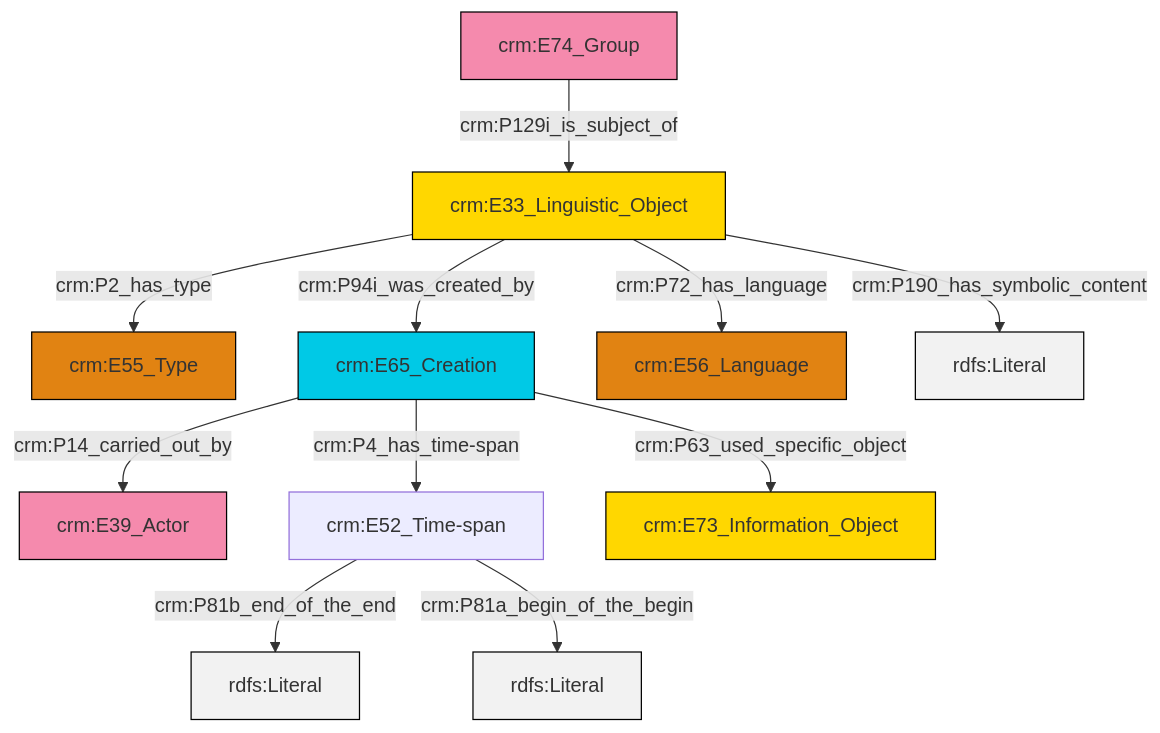
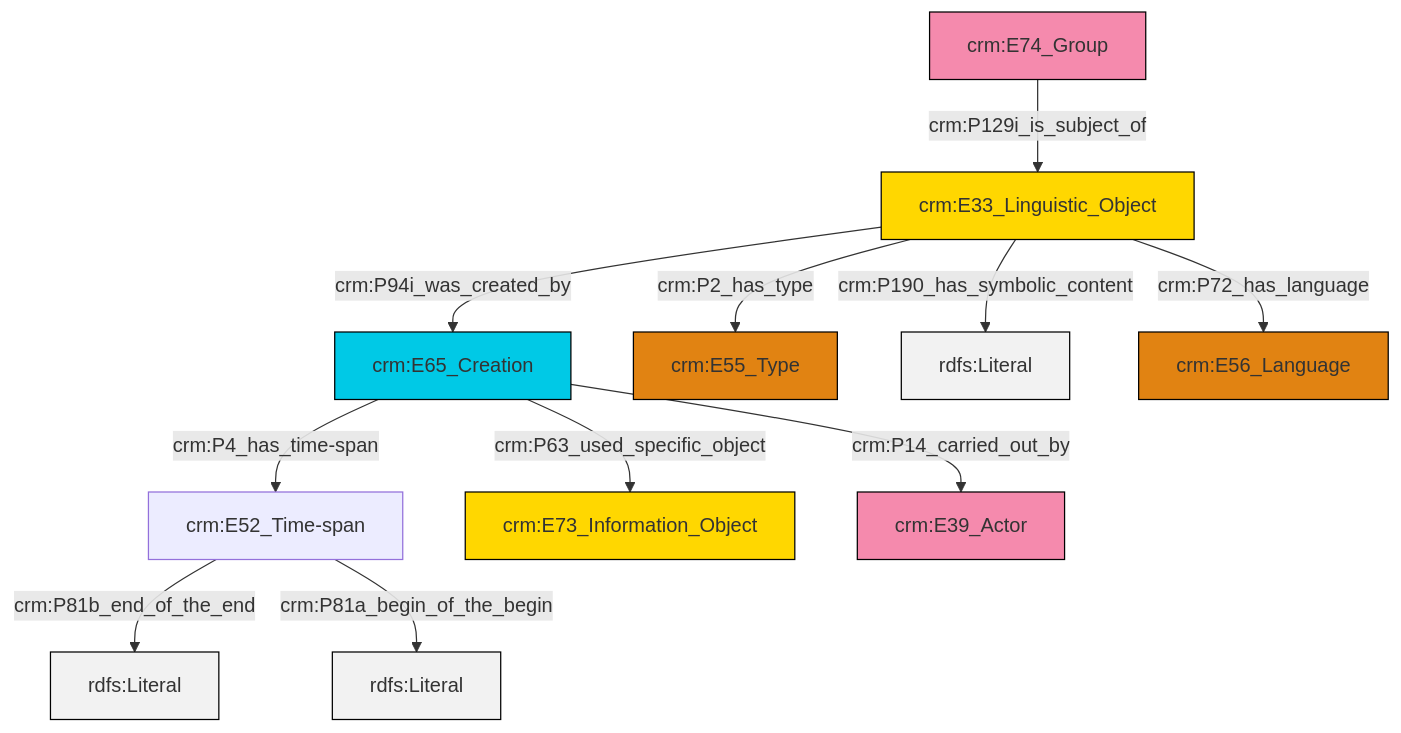
The diagram in et/groupCSV/ttl/mmd/group_description.ttl.mmd (swiss-art-research-net/reference-data-models), drawn with Mermaid before and after one commit. The commit also changed 125 other files, not shown here.

```diff
--- a/et/groupCSV/ttl/mmd/group_description.ttl.mmd
+++ b/et/groupCSV/ttl/mmd/group_description.ttl.mmd
@@ -1,25 +1,25 @@
 graph TD
 classDef Literal fill:#f2f2f2,stroke:#000000;
 classDef CRM_Entity fill:#FFFFFF,stroke:#000000;
 classDef Temporal_Entity fill:#00C9E6, stroke:#000000;
 classDef Type fill:#E18312, stroke:#000000;
 classDef Time-Span fill:#2C9C91, stroke:#000000;
 classDef Appellation fill:#FFEB7F, stroke:#000000;
 classDef Place fill:#008836, stroke:#000000;
 classDef Persistent_Item fill:#B266B2, stroke:#000000;
 classDef Conceptual_Object fill:#FFD700, stroke:#000000;
 classDef Physical_Thing fill:#D2B48C, stroke:#000000;
 classDef Actor fill:#f58aad, stroke:#000000;
 classDef PC_Classes fill:#4ce600, stroke:#000000;
 classDef Multi fill:#cccccc,stroke:#000000;
 
-2["crm:E52_Time-span"]:::Default -->|crm:P81b_end_of_the_end| 3[rdfs:Literal]:::Literal
-10["crm:E65_Creation"]:::Temporal_Entity -->|crm:P14_carried_out_by| 0["crm:E39_Actor"]:::Actor
-15["crm:E33_Linguistic_Object"]:::Conceptual_Object -->|crm:P2_has_type| 4["crm:E55_Type"]:::Type
-15["crm:E33_Linguistic_Object"]:::Conceptual_Object -->|crm:P94i_was_created_by| 10["crm:E65_Creation"]:::Temporal_Entity
-15["crm:E33_Linguistic_Object"]:::Conceptual_Object -->|crm:P190_has_symbolic_content| 17[rdfs:Literal]:::Literal
-10["crm:E65_Creation"]:::Temporal_Entity -->|crm:P4_has_time-span| 2["crm:E52_Time-span"]:::Default
-10["crm:E65_Creation"]:::Temporal_Entity -->|crm:P63_used_specific_object| 6["crm:E73_Information_Object"]:::Conceptual_Object
-2["crm:E52_Time-span"]:::Default -->|crm:P81a_begin_of_the_begin| 18[rdfs:Literal]:::Literal
-8["crm:E74_Group"]:::Actor -->|crm:P129i_is_subject_of| 15["crm:E33_Linguistic_Object"]:::Conceptual_Object
-15["crm:E33_Linguistic_Object"]:::Conceptual_Object -->|crm:P72_has_language| 13["crm:E56_Language"]:::Type
+0["crm:E65_Creation"]:::Temporal_Entity -->|crm:P4_has_time-span| 1["crm:E52_Time-span"]:::Default
+0["crm:E65_Creation"]:::Temporal_Entity -->|crm:P63_used_specific_object| 2["crm:E73_Information_Object"]:::Conceptual_Object
+8["crm:E33_Linguistic_Object"]:::Conceptual_Object -->|crm:P190_has_symbolic_content| 9[rdfs:Literal]:::Literal
+1["crm:E52_Time-span"]:::Default -->|crm:P81b_end_of_the_end| 10[rdfs:Literal]:::Literal
+8["crm:E33_Linguistic_Object"]:::Conceptual_Object -->|crm:P2_has_type| 5["crm:E55_Type"]:::Type
+8["crm:E33_Linguistic_Object"]:::Conceptual_Object -->|crm:P72_has_language| 12["crm:E56_Language"]:::Type
+1["crm:E52_Time-span"]:::Default -->|crm:P81a_begin_of_the_begin| 13[rdfs:Literal]:::Literal
+8["crm:E33_Linguistic_Object"]:::Conceptual_Object -->|crm:P94i_was_created_by| 0["crm:E65_Creation"]:::Temporal_Entity
+0["crm:E65_Creation"]:::Temporal_Entity -->|crm:P14_carried_out_by| 15["crm:E39_Actor"]:::Actor
+3["crm:E74_Group"]:::Actor -->|crm:P129i_is_subject_of| 8["crm:E33_Linguistic_Object"]:::Conceptual_Object
```
